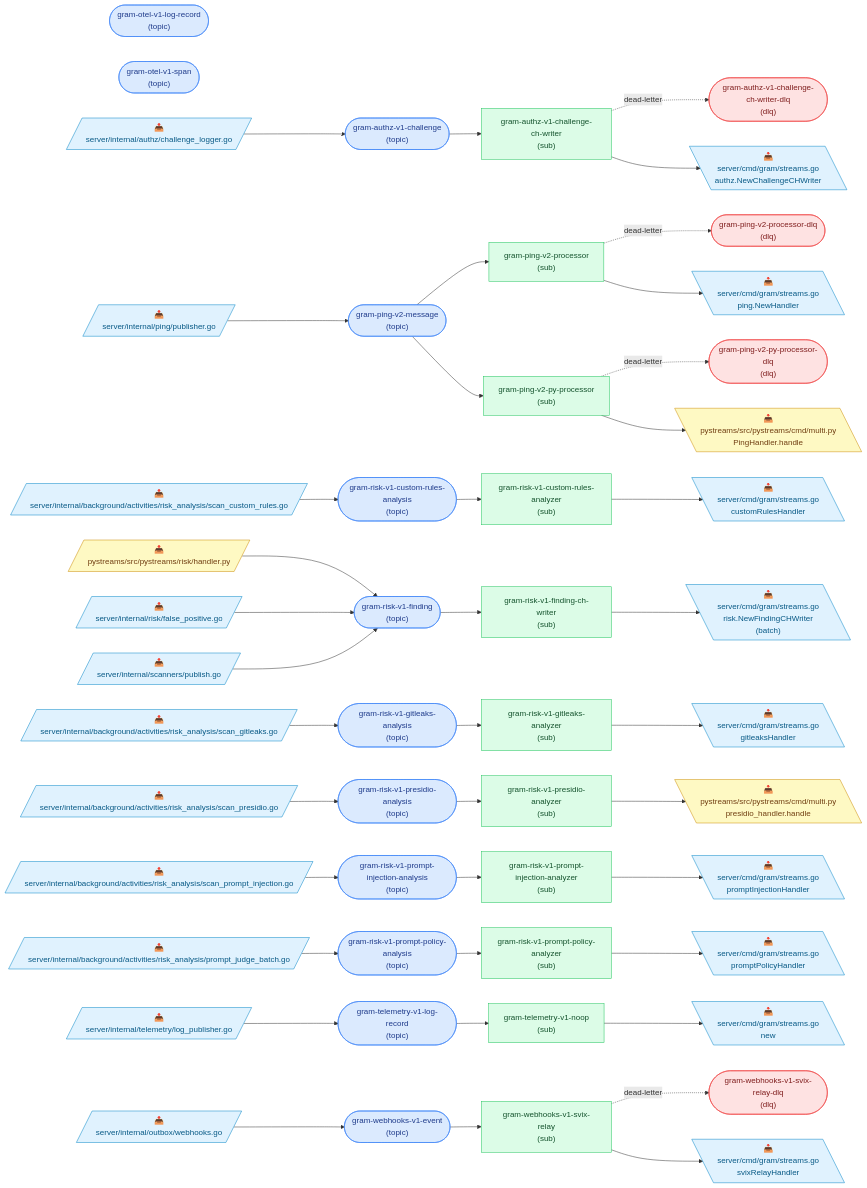
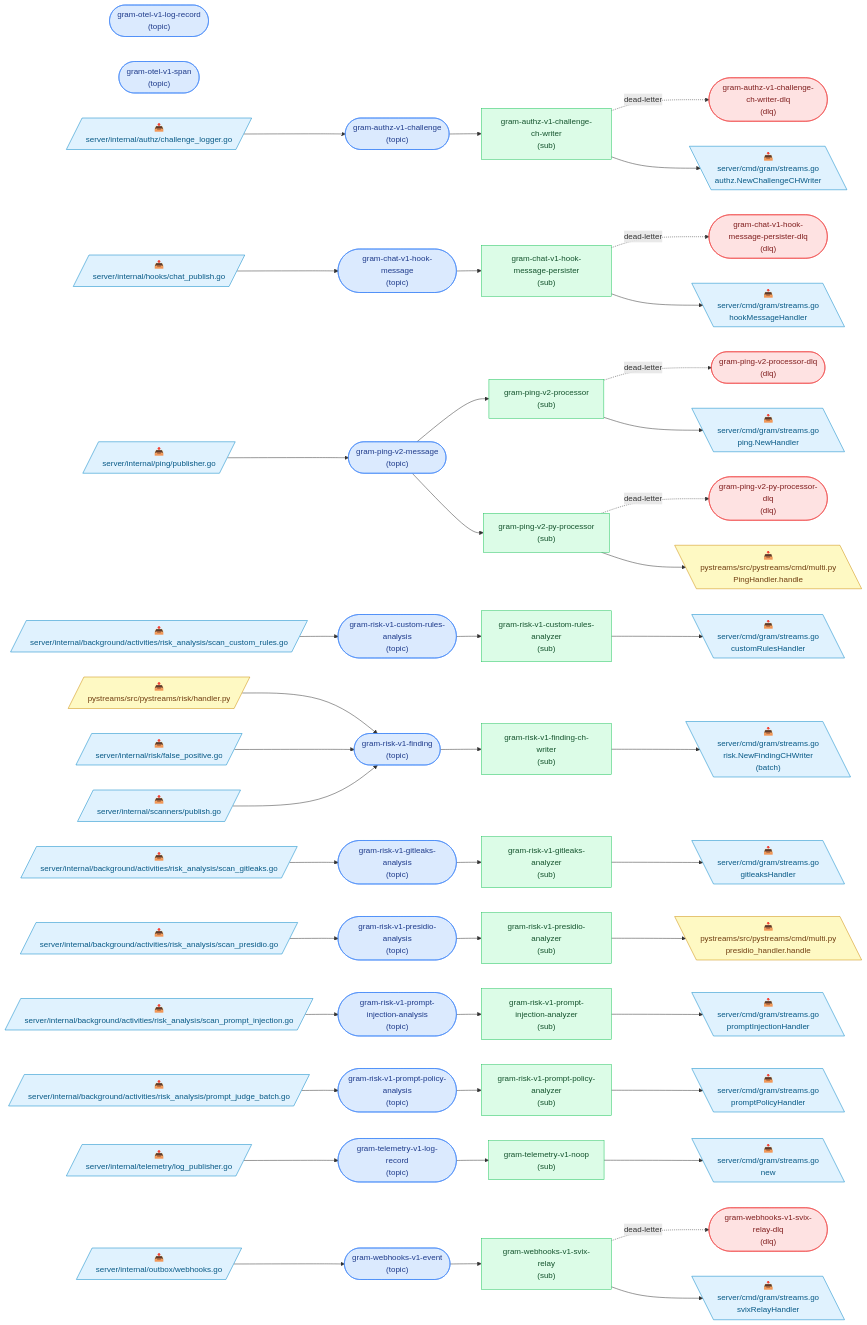
The diagram in docs/pubsub-topology.md (speakeasy-api/gram), drawn with Mermaid before and after one commit. The commit also changed other lines of this file and 29 other files, not shown here.

````diff
--- a/docs/pubsub-topology.md
+++ b/docs/pubsub-topology.md
@@ -17,6 +17,8 @@
 
   t_gram_authz_v1_challenge(["gram-authz-v1-challenge<br/>(topic)"]):::topic
   t_gram_authz_v1_challenge_ch_writer_dlq(["gram-authz-v1-challenge-ch-writer-dlq<br/>(dlq)"]):::dlq
+  t_gram_chat_v1_hook_message(["gram-chat-v1-hook-message<br/>(topic)"]):::topic
+  t_gram_chat_v1_hook_message_persister_dlq(["gram-chat-v1-hook-message-persister-dlq<br/>(dlq)"]):::dlq
   t_gram_otel_v1_log_record(["gram-otel-v1-log-record<br/>(topic)"]):::topic
   t_gram_otel_v1_span(["gram-otel-v1-span<br/>(topic)"]):::topic
   t_gram_ping_v2_message(["gram-ping-v2-message<br/>(topic)"]):::topic
@@ -32,6 +34,7 @@
   t_gram_webhooks_v1_event(["gram-webhooks-v1-event<br/>(topic)"]):::topic
   t_gram_webhooks_v1_svix_relay_dlq(["gram-webhooks-v1-svix-relay-dlq<br/>(dlq)"]):::dlq
   s_gram_authz_v1_challenge_ch_writer["gram-authz-v1-challenge-ch-writer<br/>(sub)"]:::sub
+  s_gram_chat_v1_hook_message_persister["gram-chat-v1-hook-message-persister<br/>(sub)"]:::sub
   s_gram_ping_v2_processor["gram-ping-v2-processor<br/>(sub)"]:::sub
   s_gram_ping_v2_py_processor["gram-ping-v2-py-processor<br/>(sub)"]:::sub
   s_gram_risk_v1_custom_rules_analyzer["gram-risk-v1-custom-rules-analyzer<br/>(sub)"]:::sub
@@ -45,30 +48,34 @@
 
   p0[/"📤<br/>server/internal/authz/challenge_logger.go"/]:::go
   p0 --> t_gram_authz_v1_challenge
-  p1[/"📤<br/>server/internal/ping/publisher.go"/]:::go
-  p1 --> t_gram_ping_v2_message
-  p2[/"📤<br/>server/internal/background/activities/risk_analysis/scan_custom_rules.go"/]:::go
-  p2 --> t_gram_risk_v1_custom_rules_analysis
-  p3[/"📤<br/>pystreams/src/pystreams/risk/handler.py"/]:::python
-  p3 --> t_gram_risk_v1_finding
-  p4[/"📤<br/>server/internal/risk/false_positive.go"/]:::go
+  p1[/"📤<br/>server/internal/hooks/chat_publish.go"/]:::go
+  p1 --> t_gram_chat_v1_hook_message
+  p2[/"📤<br/>server/internal/ping/publisher.go"/]:::go
+  p2 --> t_gram_ping_v2_message
+  p3[/"📤<br/>server/internal/background/activities/risk_analysis/scan_custom_rules.go"/]:::go
+  p3 --> t_gram_risk_v1_custom_rules_analysis
+  p4[/"📤<br/>pystreams/src/pystreams/risk/handler.py"/]:::python
   p4 --> t_gram_risk_v1_finding
-  p5[/"📤<br/>server/internal/scanners/publish.go"/]:::go
+  p5[/"📤<br/>server/internal/risk/false_positive.go"/]:::go
   p5 --> t_gram_risk_v1_finding
-  p6[/"📤<br/>server/internal/background/activities/risk_analysis/scan_gitleaks.go"/]:::go
-  p6 --> t_gram_risk_v1_gitleaks_analysis
-  p7[/"📤<br/>server/internal/background/activities/risk_analysis/scan_presidio.go"/]:::go
-  p7 --> t_gram_risk_v1_presidio_analysis
-  p8[/"📤<br/>server/internal/background/activities/risk_analysis/scan_prompt_injection.go"/]:::go
-  p8 --> t_gram_risk_v1_prompt_injection_analysis
-  p9[/"📤<br/>server/internal/background/activities/risk_analysis/prompt_judge_batch.go"/]:::go
-  p9 --> t_gram_risk_v1_prompt_policy_analysis
-  p10[/"📤<br/>server/internal/telemetry/log_publisher.go"/]:::go
-  p10 --> t_gram_telemetry_v1_log_record
-  p11[/"📤<br/>server/internal/outbox/webhooks.go"/]:::go
-  p11 --> t_gram_webhooks_v1_event
+  p6[/"📤<br/>server/internal/scanners/publish.go"/]:::go
+  p6 --> t_gram_risk_v1_finding
+  p7[/"📤<br/>server/internal/background/activities/risk_analysis/scan_gitleaks.go"/]:::go
+  p7 --> t_gram_risk_v1_gitleaks_analysis
+  p8[/"📤<br/>server/internal/background/activities/risk_analysis/scan_presidio.go"/]:::go
+  p8 --> t_gram_risk_v1_presidio_analysis
+  p9[/"📤<br/>server/internal/background/activities/risk_analysis/scan_prompt_injection.go"/]:::go
+  p9 --> t_gram_risk_v1_prompt_injection_analysis
+  p10[/"📤<br/>server/internal/background/activities/risk_analysis/prompt_judge_batch.go"/]:::go
+  p10 --> t_gram_risk_v1_prompt_policy_analysis
+  p11[/"📤<br/>server/internal/telemetry/log_publisher.go"/]:::go
+  p11 --> t_gram_telemetry_v1_log_record
+  p12[/"📤<br/>server/internal/outbox/webhooks.go"/]:::go
+  p12 --> t_gram_webhooks_v1_event
   t_gram_authz_v1_challenge --> s_gram_authz_v1_challenge_ch_writer
   s_gram_authz_v1_challenge_ch_writer -. dead-letter .-> t_gram_authz_v1_challenge_ch_writer_dlq
+  t_gram_chat_v1_hook_message --> s_gram_chat_v1_hook_message_persister
+  s_gram_chat_v1_hook_message_persister -. dead-letter .-> t_gram_chat_v1_hook_message_persister_dlq
   t_gram_ping_v2_message --> s_gram_ping_v2_processor
   s_gram_ping_v2_processor -. dead-letter .-> t_gram_ping_v2_processor_dlq
   t_gram_ping_v2_message --> s_gram_ping_v2_py_processor
@@ -82,26 +89,28 @@
   t_gram_telemetry_v1_log_record --> s_gram_telemetry_v1_noop
   t_gram_webhooks_v1_event --> s_gram_webhooks_v1_svix_relay
   s_gram_webhooks_v1_svix_relay -. dead-letter .-> t_gram_webhooks_v1_svix_relay_dlq
-  c12[\"📥<br/>server/cmd/gram/streams.go<br/>authz.NewChallengeCHWriter"\]:::go
-  s_gram_authz_v1_challenge_ch_writer --> c12
-  c13[\"📥<br/>server/cmd/gram/streams.go<br/>ping.NewHandler"\]:::go
-  s_gram_ping_v2_processor --> c13
-  c14[\"📥<br/>pystreams/src/pystreams/cmd/multi.py<br/>PingHandler.handle"\]:::python
-  s_gram_ping_v2_py_processor --> c14
-  c15[\"📥<br/>server/cmd/gram/streams.go<br/>customRulesHandler"\]:::go
-  s_gram_risk_v1_custom_rules_analyzer --> c15
-  c16[\"📥<br/>server/cmd/gram/streams.go<br/>risk.NewFindingCHWriter<br/>(batch)"\]:::go
-  s_gram_risk_v1_finding_ch_writer --> c16
-  c17[\"📥<br/>server/cmd/gram/streams.go<br/>gitleaksHandler"\]:::go
-  s_gram_risk_v1_gitleaks_analyzer --> c17
-  c18[\"📥<br/>pystreams/src/pystreams/cmd/multi.py<br/>presidio_handler.handle"\]:::python
-  s_gram_risk_v1_presidio_analyzer --> c18
-  c19[\"📥<br/>server/cmd/gram/streams.go<br/>promptInjectionHandler"\]:::go
-  s_gram_risk_v1_prompt_injection_analyzer --> c19
-  c20[\"📥<br/>server/cmd/gram/streams.go<br/>promptPolicyHandler"\]:::go
-  s_gram_risk_v1_prompt_policy_analyzer --> c20
-  c21[\"📥<br/>server/cmd/gram/streams.go<br/>new"\]:::go
-  s_gram_telemetry_v1_noop --> c21
-  c22[\"📥<br/>server/cmd/gram/streams.go<br/>svixRelayHandler"\]:::go
-  s_gram_webhooks_v1_svix_relay --> c22
+  c13[\"📥<br/>server/cmd/gram/streams.go<br/>authz.NewChallengeCHWriter"\]:::go
+  s_gram_authz_v1_challenge_ch_writer --> c13
+  c14[\"📥<br/>server/cmd/gram/streams.go<br/>hookMessageHandler"\]:::go
+  s_gram_chat_v1_hook_message_persister --> c14
+  c15[\"📥<br/>server/cmd/gram/streams.go<br/>ping.NewHandler"\]:::go
+  s_gram_ping_v2_processor --> c15
+  c16[\"📥<br/>pystreams/src/pystreams/cmd/multi.py<br/>PingHandler.handle"\]:::python
+  s_gram_ping_v2_py_processor --> c16
+  c17[\"📥<br/>server/cmd/gram/streams.go<br/>customRulesHandler"\]:::go
+  s_gram_risk_v1_custom_rules_analyzer --> c17
+  c18[\"📥<br/>server/cmd/gram/streams.go<br/>risk.NewFindingCHWriter<br/>(batch)"\]:::go
+  s_gram_risk_v1_finding_ch_writer --> c18
+  c19[\"📥<br/>server/cmd/gram/streams.go<br/>gitleaksHandler"\]:::go
+  s_gram_risk_v1_gitleaks_analyzer --> c19
+  c20[\"📥<br/>pystreams/src/pystreams/cmd/multi.py<br/>presidio_handler.handle"\]:::python
+  s_gram_risk_v1_presidio_analyzer --> c20
+  c21[\"📥<br/>server/cmd/gram/streams.go<br/>promptInjectionHandler"\]:::go
+  s_gram_risk_v1_prompt_injection_analyzer --> c21
+  c22[\"📥<br/>server/cmd/gram/streams.go<br/>promptPolicyHandler"\]:::go
+  s_gram_risk_v1_prompt_policy_analyzer --> c22
+  c23[\"📥<br/>server/cmd/gram/streams.go<br/>new"\]:::go
+  s_gram_telemetry_v1_noop --> c23
+  c24[\"📥<br/>server/cmd/gram/streams.go<br/>svixRelayHandler"\]:::go
+  s_gram_webhooks_v1_svix_relay --> c24
 ```
````
